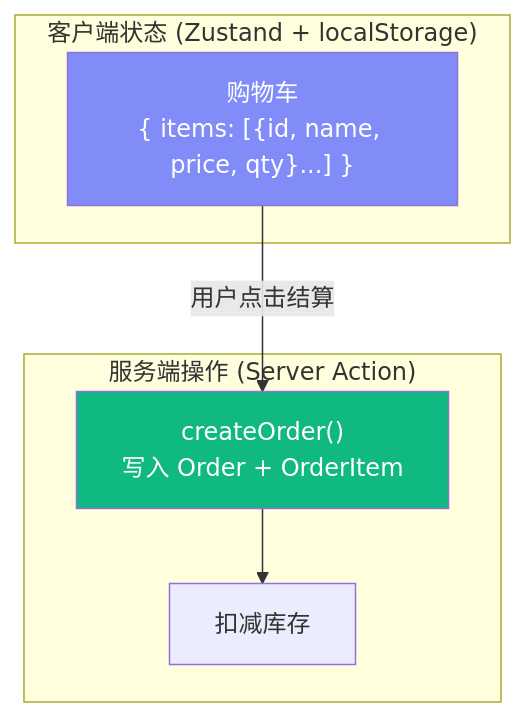
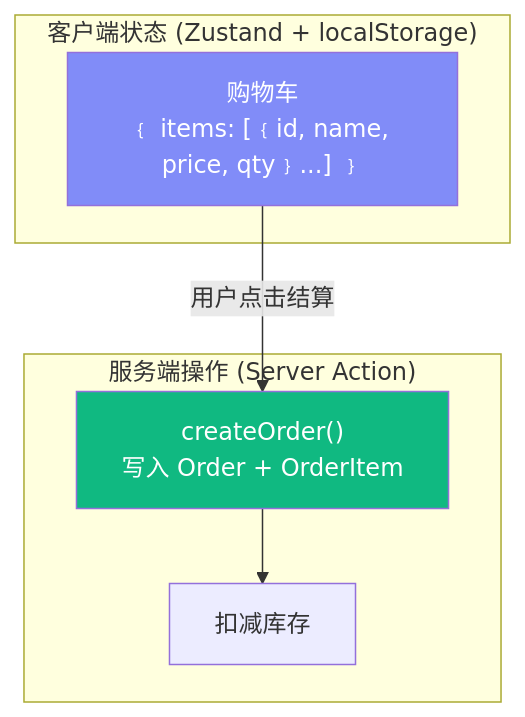
Before and after one commit to boltguo/react_learn: the first of 3 diagrams in docs/Lesson_23.md, drawn with Mermaid. The commit also changed other lines of this file and 36 other files, not shown here.

````diff
--- a/docs/Lesson_23.md
+++ b/docs/Lesson_23.md
@@ -18,17 +17,17 @@
 ```mermaid
 flowchart TB
     subgraph "客户端状态 (Zustand + localStorage)"
-        Cart["购物车\n{ items: [{id, name, price, qty}...] }"]
+        Cart["购物车<br/>﹛ items: [﹛id, name, price, qty﹜...] ﹜"]
     end
     
     subgraph "服务端操作 (Server Action)"
-        CreateOrder["createOrder()\n写入 Order + OrderItem"]
+        CreateOrder["createOrder()<br/>写入 Order + OrderItem"]
         UpdateStock["扣减库存"]
     end
     
     Cart -->|"用户点击结算"| CreateOrder
     CreateOrder --> UpdateStock
     
     style Cart fill:#818cf8,color:#fff
     style CreateOrder fill:#10b981,color:#fff
 ```
````
